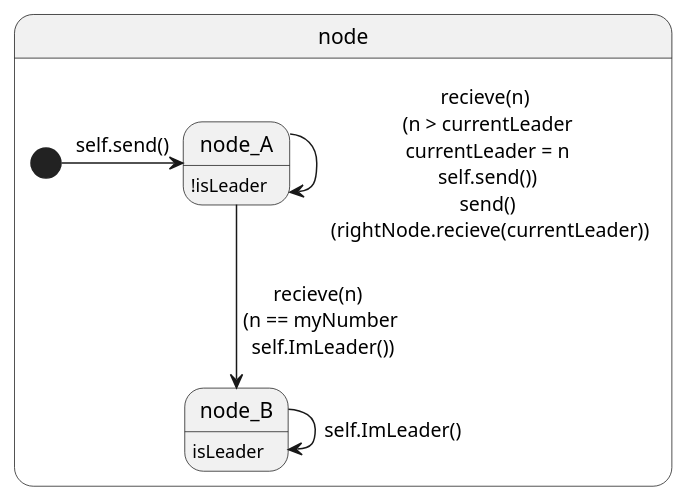
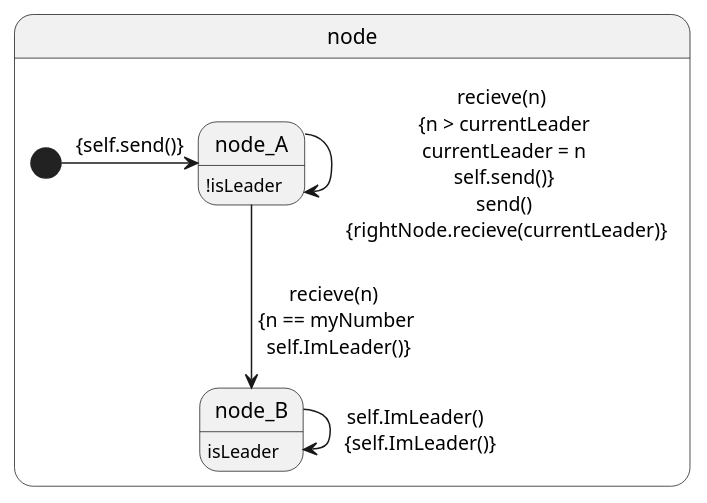
The diagram in ModelTranslations/LCRLeader/LCRLeader.plantuml (gnowin/UML-To-Rebecca-Dataset), drawn with PlantUML before and after one commit. The commit also changed 4 other files, not shown here.

```diff
--- a/ModelTranslations/LCRLeader/LCRLeader.plantuml
+++ b/ModelTranslations/LCRLeader/LCRLeader.plantuml
@@ -1,17 +1,17 @@
 @startuml
 
 hide empty description
 
 state node{
     state node_A : !isLeader
 
     state node_B : isLeader
 
-    [*] -> node_A : self.send()
-    node_A -> node_A : recieve(n) \n (n > currentLeader \n currentLeader = n \n self.send()) \n send() \n (rightNode.recieve(currentLeader))
-    node_A --> node_B : recieve(n) \n (n == myNumber \n self.ImLeader())
-    node_B -> node_B : self.ImLeader()
+    [*] -> node_A : {self.send()}
+    node_A -> node_A : recieve(n) \n {n > currentLeader \n currentLeader = n \n self.send()} \n send() \n {rightNode.recieve(currentLeader)}
+    node_A --> node_B : recieve(n) \n {n == myNumber \n self.ImLeader()}
+    node_B -> node_B : self.ImLeader() \n {self.ImLeader()}
 
 }
 
 @enduml
```
